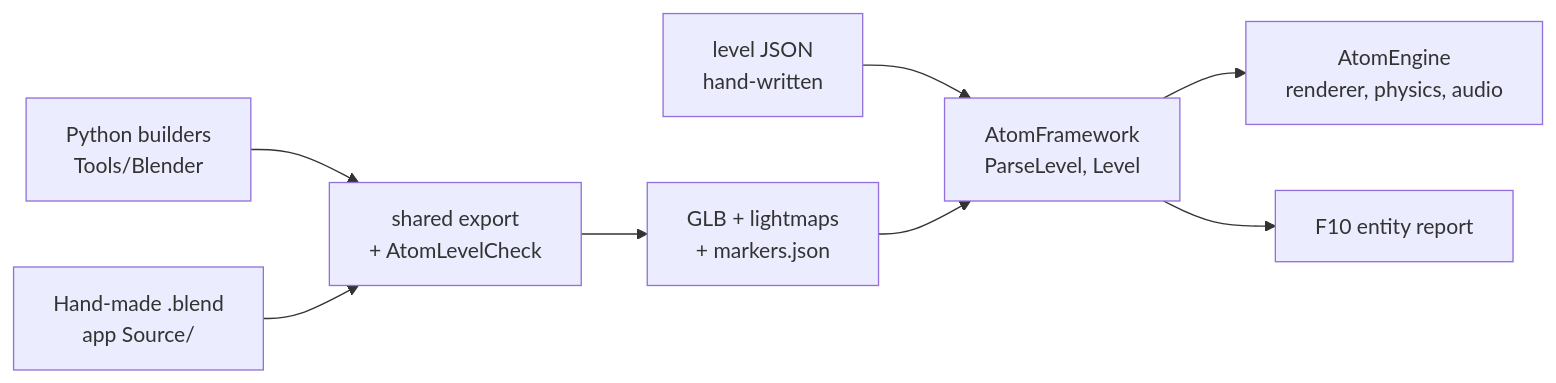
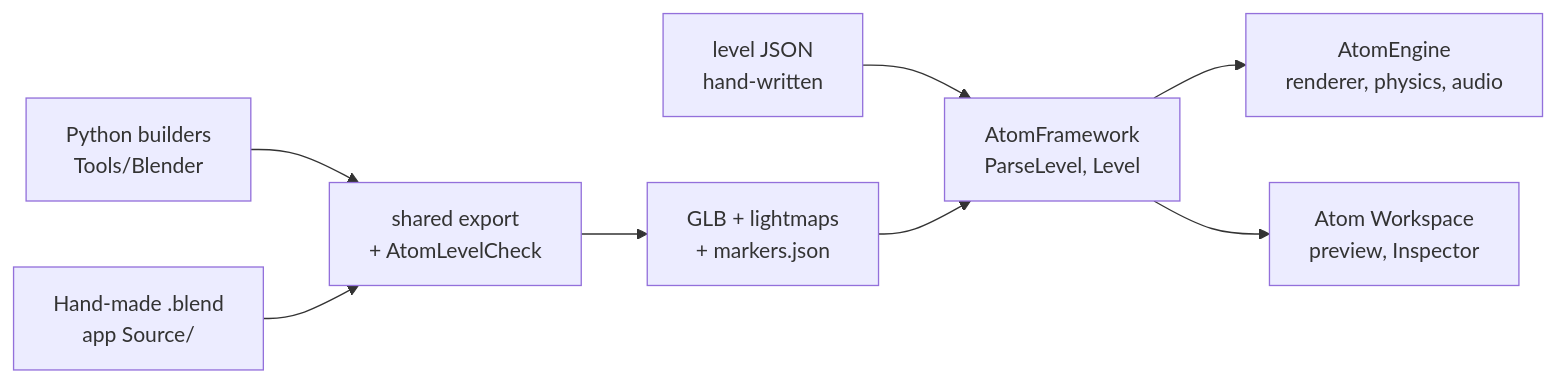
The diagram in docs/Authoring.md (fgdoliveira/AtomEngine), drawn with Mermaid before and after one commit. The commit also changed other lines of this file and 93 other files, not shown here.

First line of the commit message:
Atom workspace - v0.0.19 (#26)

````diff
--- a/docs/Authoring.md
+++ b/docs/Authoring.md
@@ -67,10 +68,10 @@
 ```mermaid
 graph LR
     Py[Python builders<br/>Tools/Blender] --> Export
     Blend[Hand-made .blend<br/>app Source/] --> Export
     Export[shared export<br/>+ AtomLevelCheck] --> Out[GLB + lightmaps<br/>+ markers.json]
     Json[level JSON<br/>hand-written] --> Runtime
     Out --> Runtime[AtomFramework<br/>ParseLevel, Level]
     Runtime --> Engine[AtomEngine<br/>renderer, physics, audio]
-    Runtime --> F10[F10 entity report]
+    Runtime --> Workspace[Atom Workspace<br/>preview, Inspector]
 ```
````
